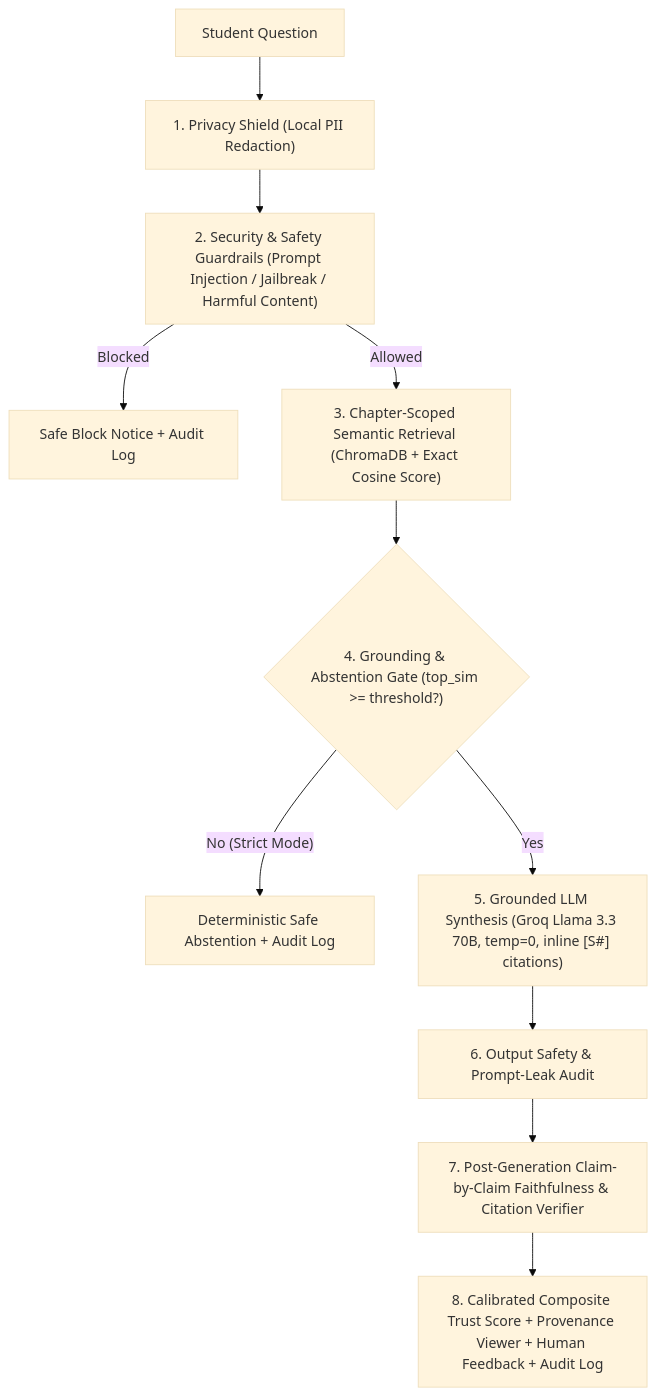
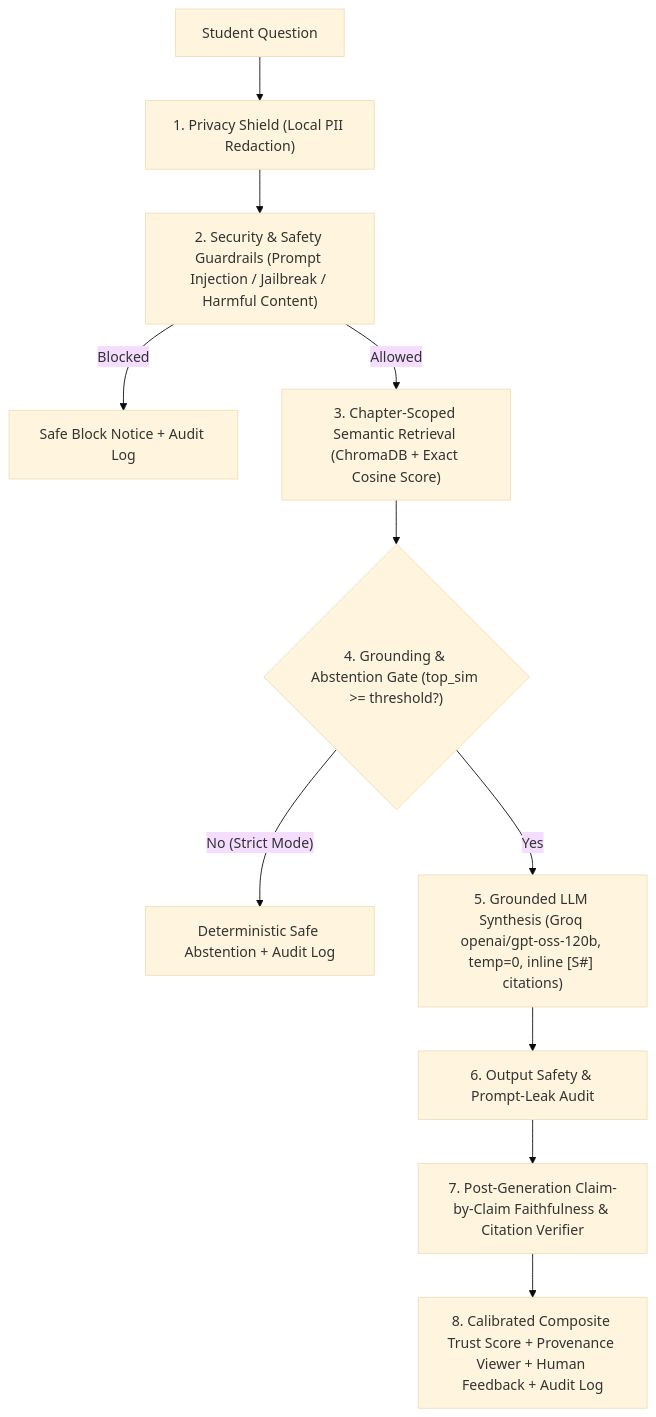
One commit to madhavkn11/StudyPal---Study-assistant changed the diagram in TRUSTWORTHINESS.md. Above: the diagram before and after it, drawn with Mermaid (base theme). The commit also changed other lines of this file and 3 other files, not shown here.

````diff
--- a/TRUSTWORTHINESS.md
+++ b/TRUSTWORTHINESS.md
@@ -11,13 +11,13 @@
 ```mermaid
 flowchart TD
     U["Student Question"] --> P1["1. Privacy Shield (Local PII Redaction)"]
     P1 --> P2["2. Security & Safety Guardrails (Prompt Injection / Jailbreak / Harmful Content)"]
     P2 -- "Blocked" --> B["Safe Block Notice + Audit Log"]
     P2 -- "Allowed" --> R["3. Chapter-Scoped Semantic Retrieval (ChromaDB + Exact Cosine Score)"]
     R --> G{"4. Grounding & Abstention Gate (top_sim >= threshold?)"}
     G -- "No (Strict Mode)" --> A["Deterministic Safe Abstention + Audit Log"]
-    G -- "Yes" --> L["5. Grounded LLM Synthesis (Groq Llama 3.3 70B, temp=0, inline [S#] citations)"]
+    G -- "Yes" --> L["5. Grounded LLM Synthesis (Groq openai/gpt-oss-120b, temp=0, inline [S#] citations)"]
     L --> O["6. Output Safety & Prompt-Leak Audit"]
     O --> F["7. Post-Generation Claim-by-Claim Faithfulness & Citation Verifier"]
     F --> T["8. Calibrated Composite Trust Score + Provenance Viewer + Human Feedback + Audit Log"]
 ```
````
